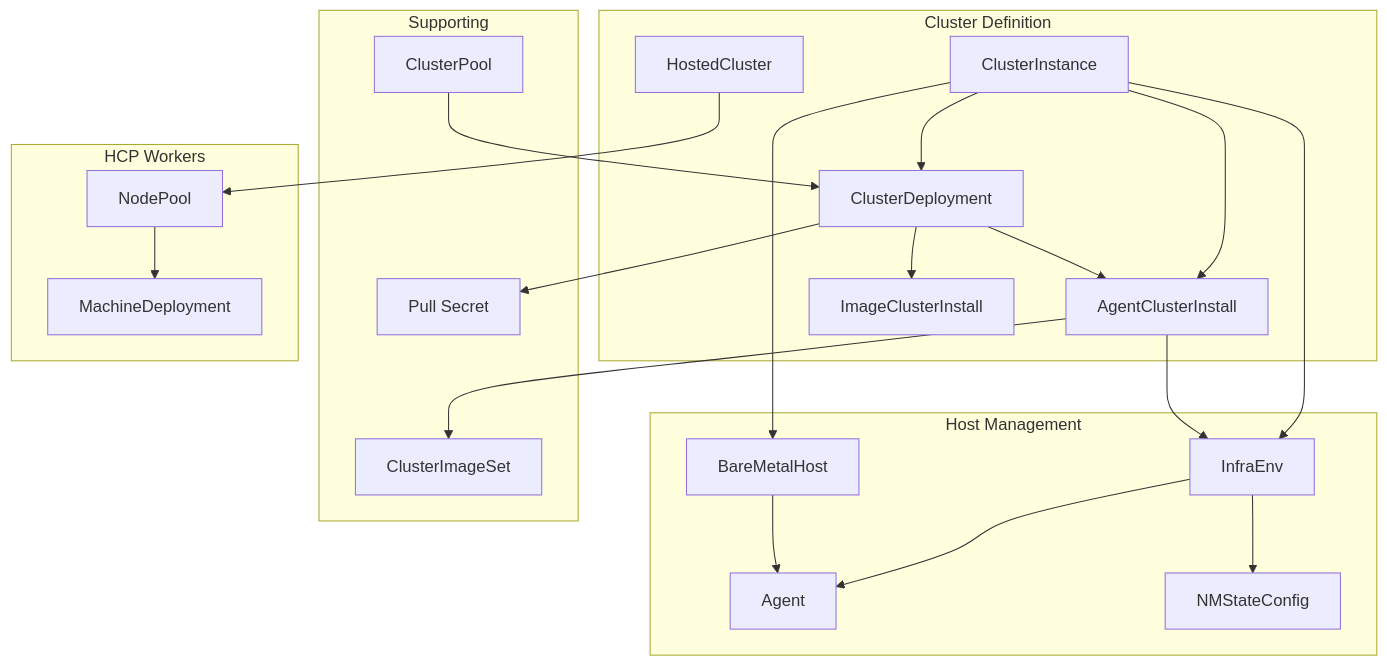
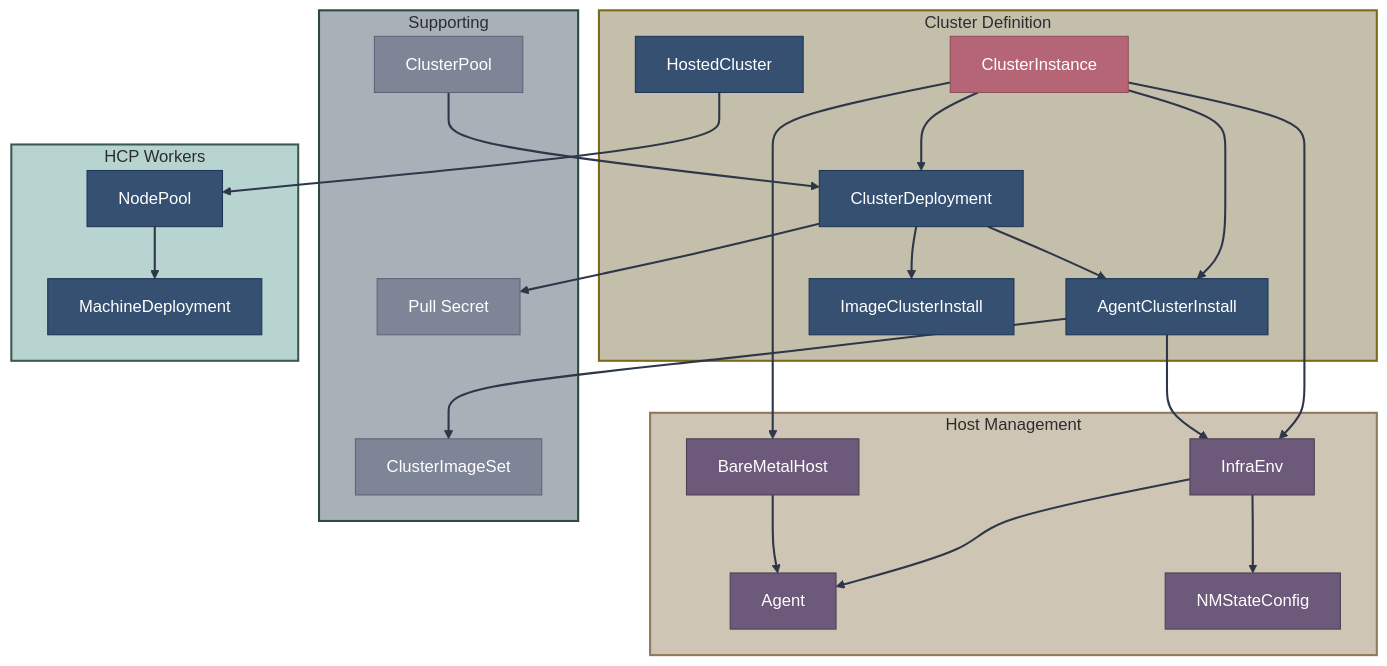
Before and after one commit to zszabo-rh/openshift-install-guide: the diagram in 08-crd-reference/index.md, drawn with Mermaid. The commit also changed 16 other files, not shown here.

Commit message:
improved diagram style

````diff
--- a/08-crd-reference/index.md
+++ b/08-crd-reference/index.md
@@ -64,49 +64,71 @@
 ```mermaid
 graph TB
-    subgraph "Cluster Definition"
+    subgraph clusterdef["Cluster Definition"]
         CI[ClusterInstance]
         CD[ClusterDeployment]
         ACI[AgentClusterInstall]
         ICI[ImageClusterInstall]
         HC[HostedCluster]
     end
     
-    subgraph "Host Management"
+    subgraph hostmgmt["Host Management"]
         IE[InfraEnv]
         AGENT[Agent]
         BMH[BareMetalHost]
         NMS[NMStateConfig]
     end
     
-    subgraph "Supporting"
+    subgraph supporting["Supporting"]
         CIS[ClusterImageSet]
         SECRET[Pull Secret]
         CP[ClusterPool]
     end
     
-    subgraph "HCP Workers"
+    subgraph hcpworkers["HCP Workers"]
         NP[NodePool]
         MD[MachineDeployment]
     end
     
     CI --> CD
     CI --> ACI
     CI --> IE
     CI --> BMH
     
     CD --> ACI
     CD --> ICI
     ACI --> CIS
     ACI --> IE
     
     IE --> NMS
     IE --> AGENT
     BMH --> AGENT
     
     CD --> SECRET
     
     CP --> CD
     
     HC --> NP
     NP --> MD
+    
+    style CI fill:#b56576,stroke:#8d4e5a,color:#fff
+    style CD fill:#355070,stroke:#1d3557,color:#fff
+    style ACI fill:#355070,stroke:#1d3557,color:#fff
+    style ICI fill:#355070,stroke:#1d3557,color:#fff
+    style HC fill:#355070,stroke:#1d3557,color:#fff
+    style IE fill:#6d597a,stroke:#4a3f50,color:#fff
+    style AGENT fill:#6d597a,stroke:#4a3f50,color:#fff
+    style BMH fill:#6d597a,stroke:#4a3f50,color:#fff
+    style NMS fill:#6d597a,stroke:#4a3f50,color:#fff
+    style CIS fill:#7d8597,stroke:#5c6378,color:#fff
+    style SECRET fill:#7d8597,stroke:#5c6378,color:#fff
+    style CP fill:#7d8597,stroke:#5c6378,color:#fff
+    style NP fill:#355070,stroke:#1d3557,color:#fff
+    style MD fill:#355070,stroke:#1d3557,color:#fff
+    
+    style clusterdef fill:#c4bfaa,stroke:#7a6a1a,stroke-width:2px,color:#2d2d2d
+    style hostmgmt fill:#cfc5b5,stroke:#8d7a5a,stroke-width:2px,color:#2d2d2d
+    style supporting fill:#a8b0b8,stroke:#2d4a42,stroke-width:2px,color:#2d2d2d
+    style hcpworkers fill:#b8d4d0,stroke:#3d5a52,stroke-width:2px,color:#2d2d2d
+    
+    linkStyle default stroke:#2d3748,stroke-width:2px
 ```
````
